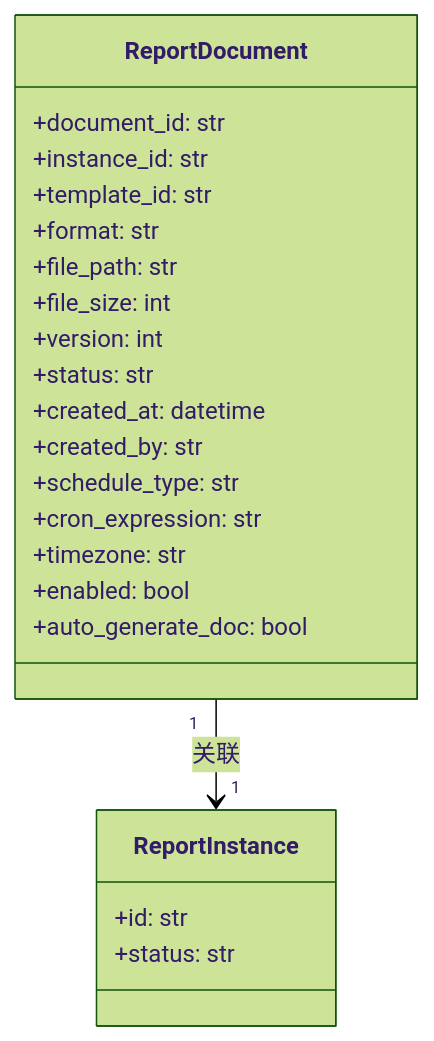
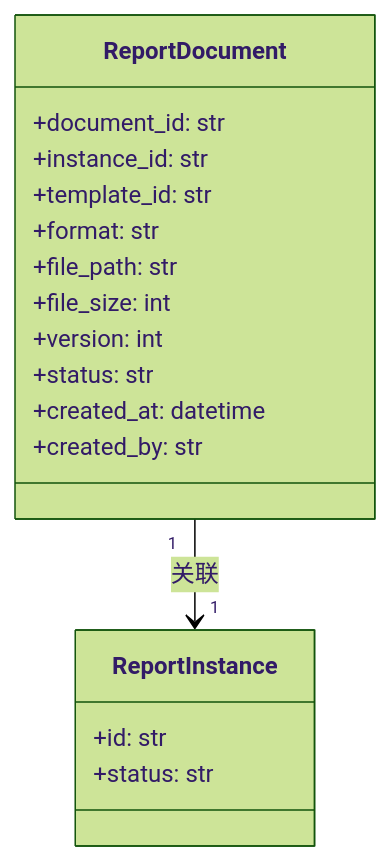
One commit to shel447/ReportSystem changed the second of 2 diagrams in design/design_instance.md. Above: the diagram before and after it, drawn with Mermaid (forest theme). The commit also changed other lines of this file and 7 other files, not shown here.

````diff
--- a/design/design_instance.md
+++ b/design/design_instance.md
@@ -332,27 +321,22 @@
 ```mermaid
 classDiagram
     class ReportDocument {
         +document_id: str
         +instance_id: str
         +template_id: str
         +format: str
         +file_path: str
         +file_size: int
         +version: int
         +status: str
         +created_at: datetime
         +created_by: str
-        +schedule_type: str
-        +cron_expression: str
-        +timezone: str
-        +enabled: bool
-        +auto_generate_doc: bool
     }
     
     class ReportInstance {
         +id: str
         +status: str
     }
     
     ReportDocument "1" --> "1" ReportInstance : 关联
 ```
````
